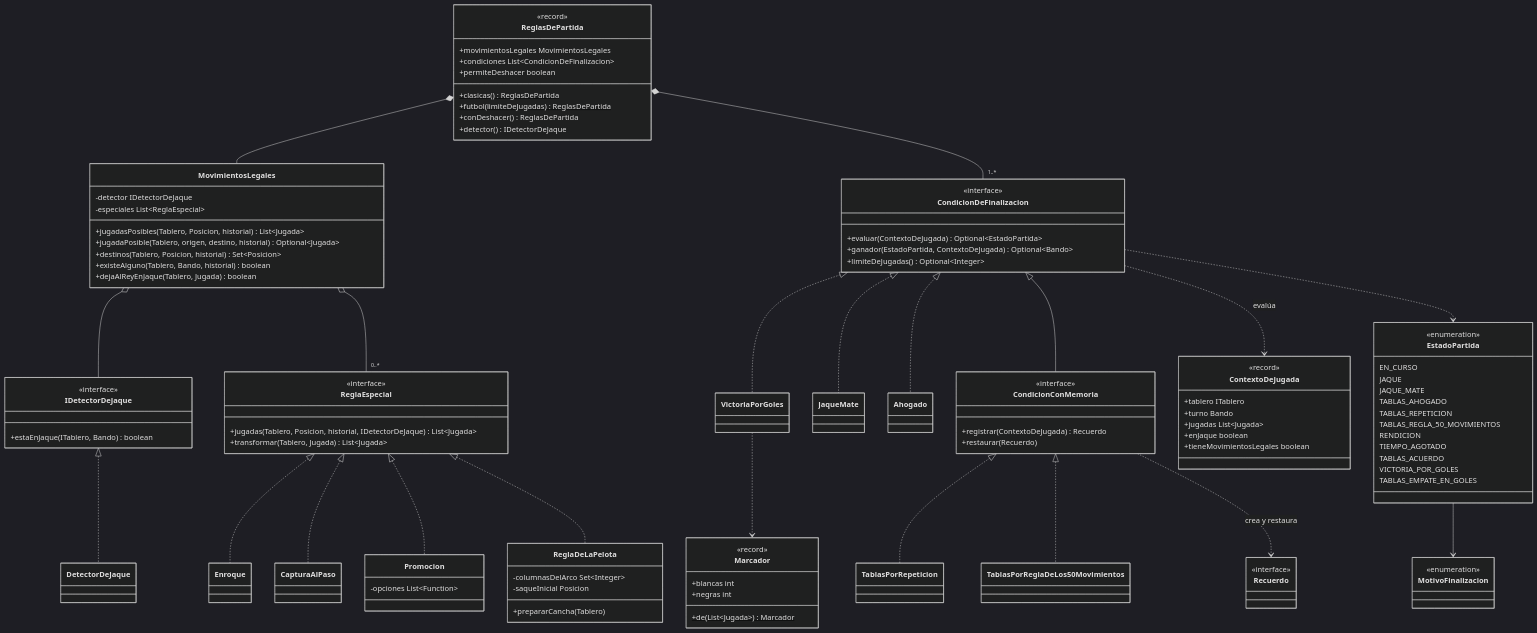
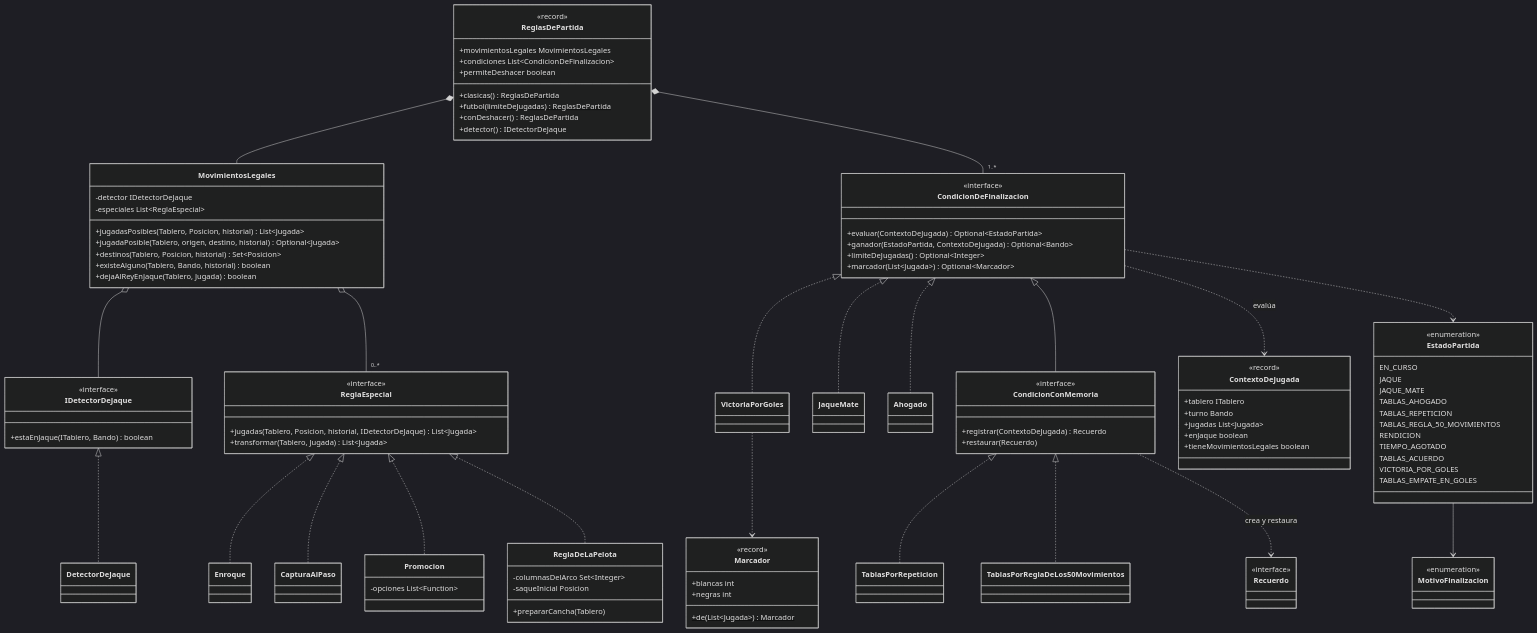
The diagram in docs/uml/04-reglas.md (JoaquinIgnacioCampos/Chiquichess), drawn with Mermaid (dark theme) before and after one commit. The commit also changed other lines of this file and 39 other files, not shown here.

```diff
--- a/docs/uml/04-reglas.md
+++ b/docs/uml/04-reglas.md
@@ -62,6 +64,7 @@
         +evaluar(ContextoDeJugada) Optional~EstadoPartida~
         +ganador(EstadoPartida, ContextoDeJugada) Optional~Bando~
         +limiteDeJugadas() Optional~Integer~
+        +marcador(List~Jugada~) Optional~Marcador~
     }
     class CondicionConMemoria {
         <<interface>>
```
